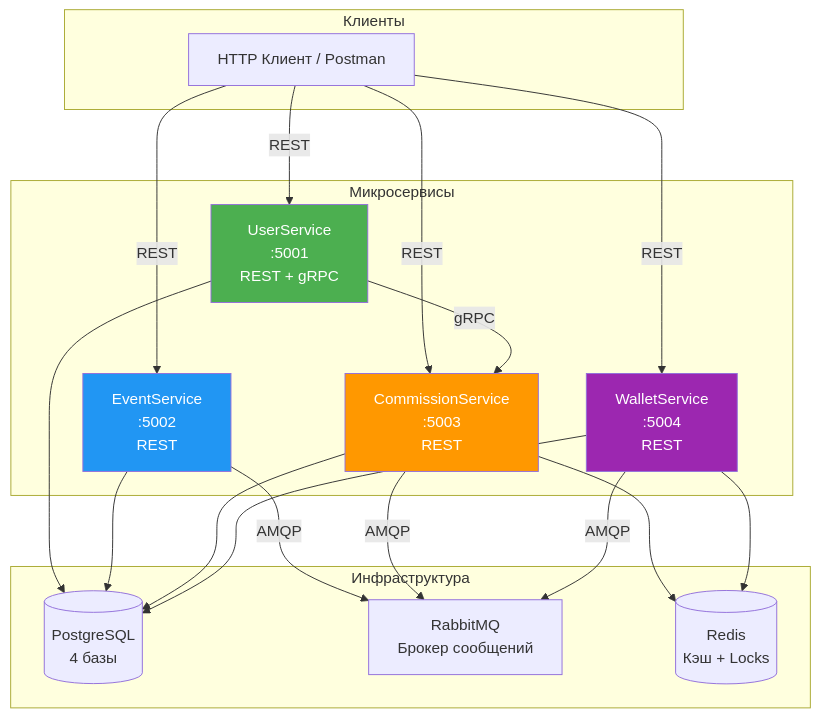
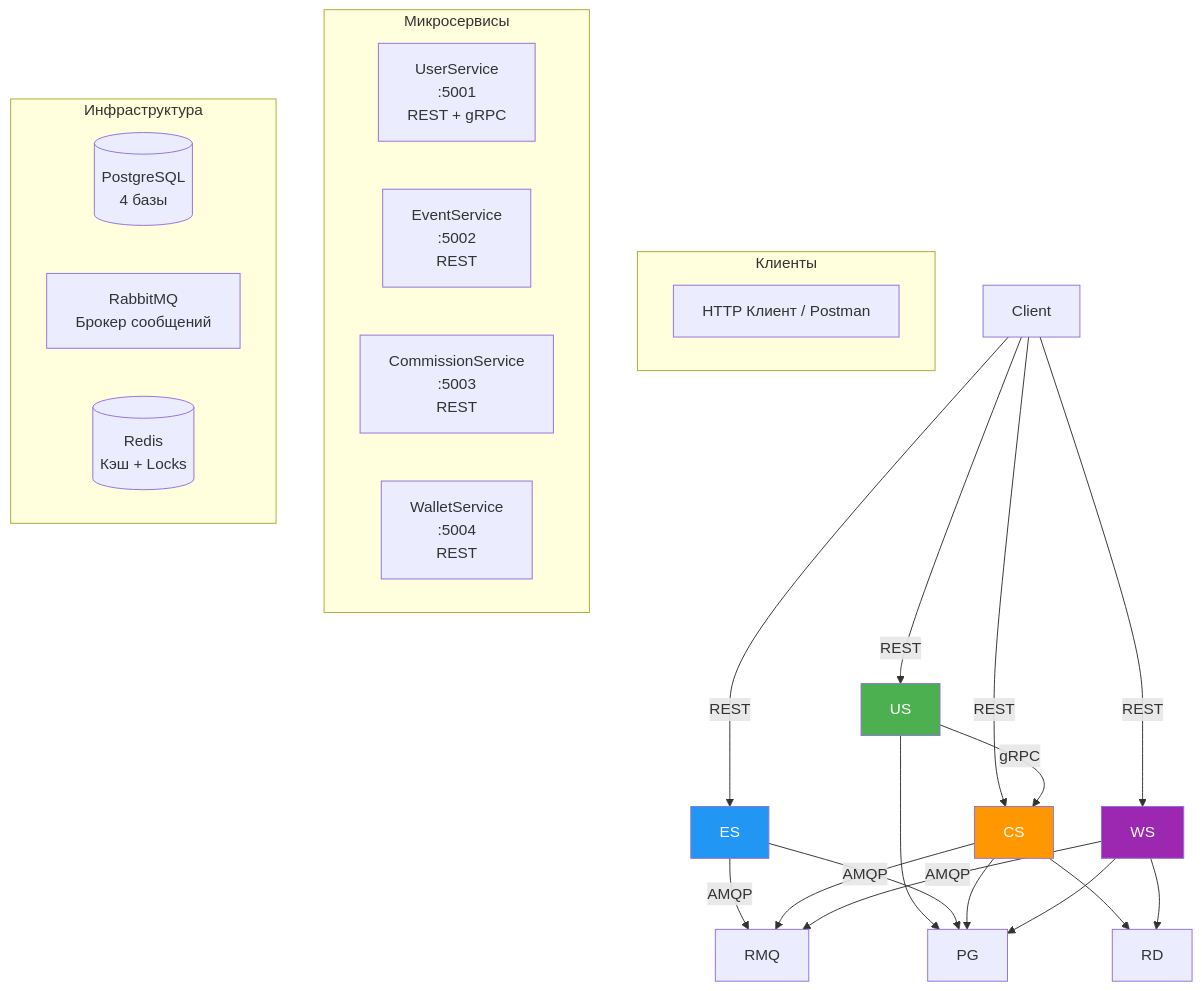
Before and after one commit to alexKuzovkov/PartnerSystem: the first of 2 diagrams in README.md, drawn with Mermaid. The commit also changed other lines of this file, not shown here.

Commit message:
docs: fix Mermaid ER diagram syntax

````diff
--- a/README.md
+++ b/README.md
@@ -24,42 +24,42 @@
 ```mermaid
 graph TB
     subgraph "Клиенты"
-        Client[HTTP Клиент / Postman]
+        Client\[HTTP Клиент / Postman]
     end
 
     subgraph "Микросервисы"
-        US[UserService<br/>:5001<br/>REST + gRPC]
-        ES[EventService<br/>:5002<br/>REST]
-        CS[CommissionService<br/>:5003<br/>REST]
-        WS[WalletService<br/>:5004<br/>REST]
+        US\[UserService<br/>:5001<br/>REST + gRPC]
+        ES\[EventService<br/>:5002<br/>REST]
+        CS\[CommissionService<br/>:5003<br/>REST]
+        WS\[WalletService<br/>:5004<br/>REST]
     end
 
     subgraph "Инфраструктура"
-        PG[(PostgreSQL<br/>4 базы)]
-        RMQ[RabbitMQ<br/>Брокер сообщений]
-        RD[(Redis<br/>Кэш + Locks)]
+        PG\[(PostgreSQL<br/>4 базы)]
+        RMQ\[RabbitMQ<br/>Брокер сообщений]
+        RD\[(Redis<br/>Кэш + Locks)]
     end
 
     Client -->|REST| US
     Client -->|REST| ES
     Client -->|REST| CS
     Client -->|REST| WS
 
     US -->|gRPC| CS
     ES -->|AMQP| RMQ
     CS -->|AMQP| RMQ
     WS -->|AMQP| RMQ
 
     US --> PG
     ES --> PG
     CS --> PG
     WS --> PG
 
     CS --> RD
     WS --> RD
 
     style US fill:#4CAF50,color:#fff
     style ES fill:#2196F3,color:#fff
     style CS fill:#FF9800,color:#fff
     style WS fill:#9C27B0,color:#fff
 ```
````
